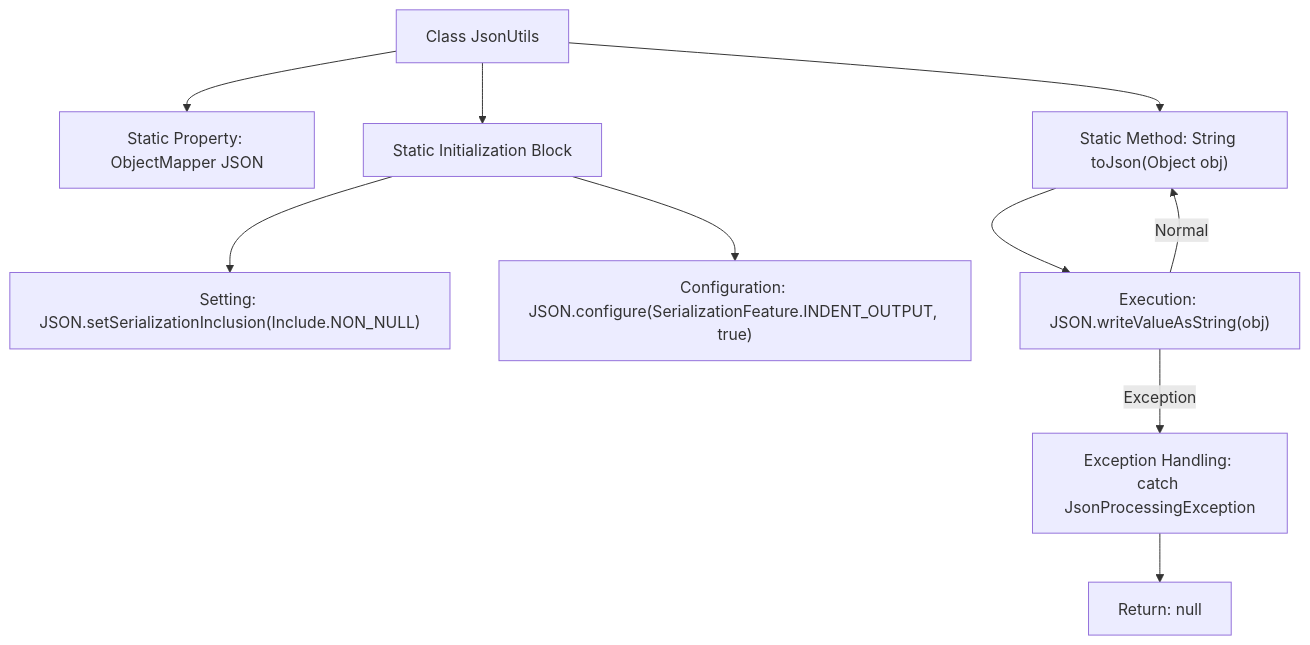
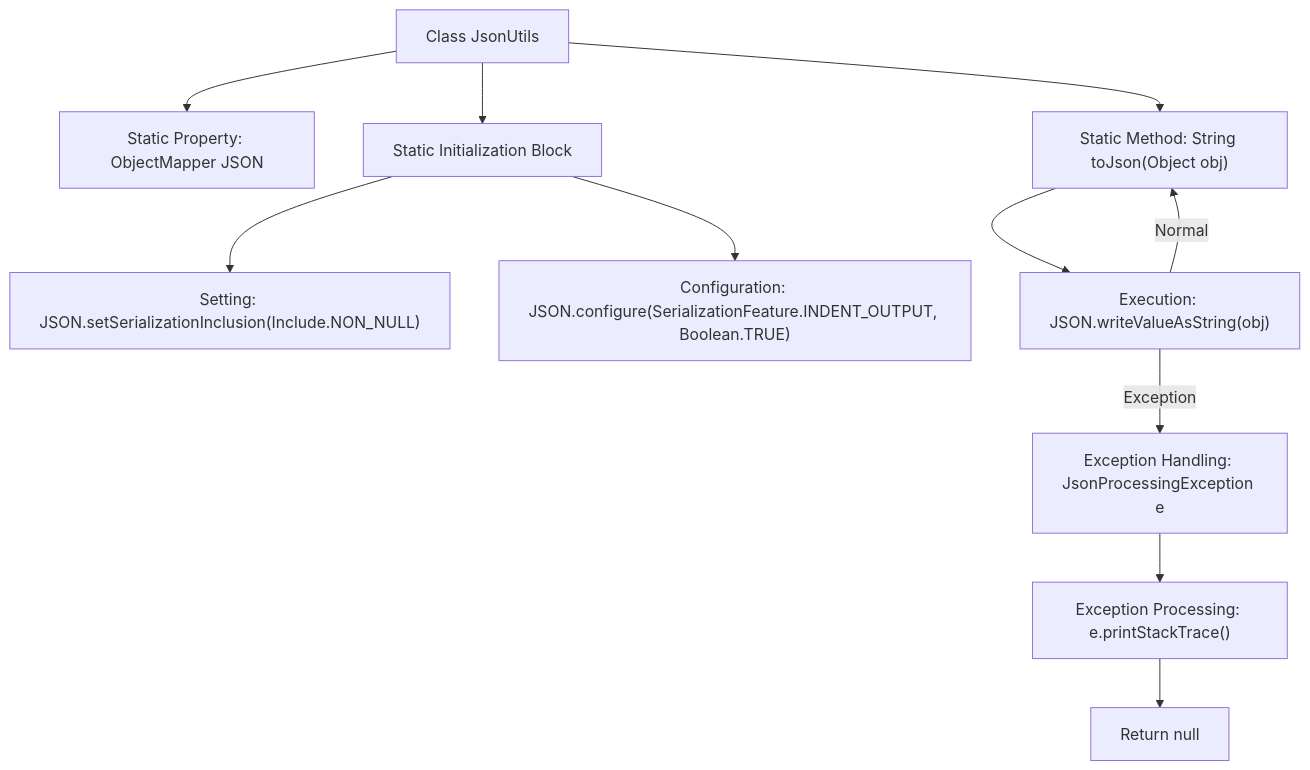
Before and after one commit to v-wjrong/rongwj666_weixin-java-miniapp-demo: the second of 2 diagrams in docs/en/docs/src/main/java/com/github/binarywang/demo/wx/miniapp/utils/JsonUtils.md, drawn with Mermaid. The commit also changed other lines of this file and 47 other files, not shown here.

````diff
--- a/docs/en/docs/src/main/java/com/github/binarywang/demo/wx/miniapp/utils/JsonUtils.md
+++ b/docs/en/docs/src/main/java/com/github/binarywang/demo/wx/miniapp/utils/JsonUtils.md
@@ -58,22 +67,24 @@
 ```mermaid
 graph TD
     A["Class JsonUtils"]
     B["Static Property: ObjectMapper JSON"]
     C["Static Initialization Block"]
     D["Setting: JSON.setSerializationInclusion(Include.NON_NULL)"]
-    E["Configuration: JSON.configure(SerializationFeature.INDENT_OUTPUT, true)"]
+    E["Configuration: JSON.configure(SerializationFeature.INDENT_OUTPUT, Boolean.TRUE)"]
     F["Static Method: String toJson(Object obj)"]
     G["Execution: JSON.writeValueAsString(obj)"]
-    H["Exception Handling: catch JsonProcessingException"]
-    I["Return: null"]
+    H["Exception Handling: JsonProcessingException e"]
+    I["Exception Processing: e.printStackTrace()"]
+    J["Return null"]
 
     A --> B
     A --> C
     C --> D
     C --> E
     A --> F
     F --> G
     G -->|Exception| H
+    H --> I
+    I --> J
     G -->|Normal| F
-    H --> I
 ```
````
